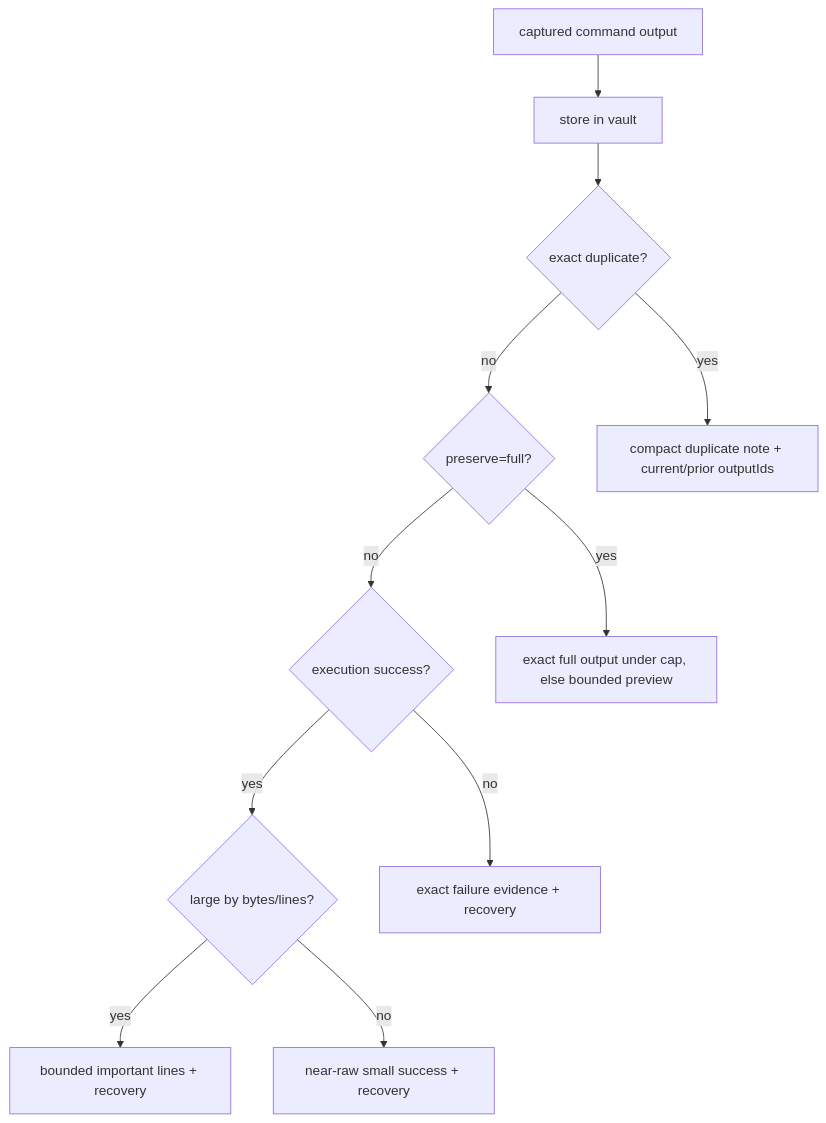
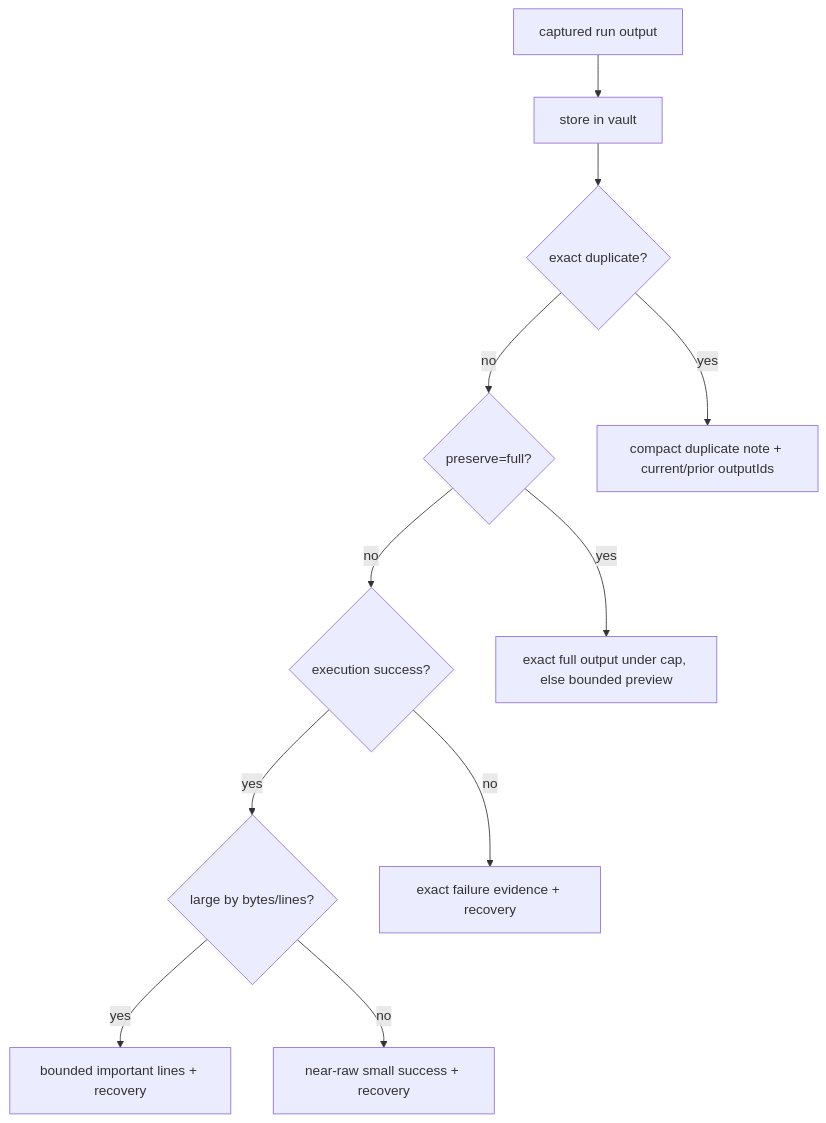
One commit to hassan-mohiddin/freeflow changed the ninth of 10 diagrams in docs/designs/freeflow-output-router-architecture.md. Above: the diagram before and after it, drawn with Mermaid. The commit also changed other lines of this file and 32 other files, not shown here.

````diff
--- a/docs/designs/freeflow-output-router-architecture.md
+++ b/docs/designs/freeflow-output-router-architecture.md
@@ -811,24 +819,24 @@
 ```mermaid
 flowchart TD
-  Output["captured command output"]
+  Output["captured run output"]
   Vault["store in vault"]
   Duplicate{"exact duplicate?"}
   Preserve{"preserve=full?"}
   Failed{"execution success?"}
   Large{"large by bytes/lines?"}
   DupNote["compact duplicate note + current/prior outputIds"]
   Full["exact full output under cap, else bounded preview"]
   Failure["exact failure evidence + recovery"]
   Partial["bounded important lines + recovery"]
   NearRaw["near-raw small success + recovery"]
 
   Output --> Vault --> Duplicate
   Duplicate -->|yes| DupNote
   Duplicate -->|no| Preserve
   Preserve -->|yes| Full
   Preserve -->|no| Failed
   Failed -->|no| Failure
   Failed -->|yes| Large
   Large -->|yes| Partial
   Large -->|no| NearRaw
 ```
````
